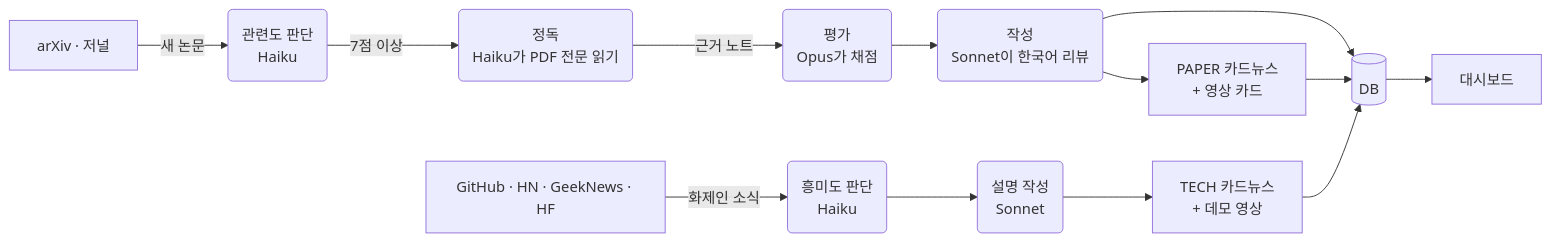
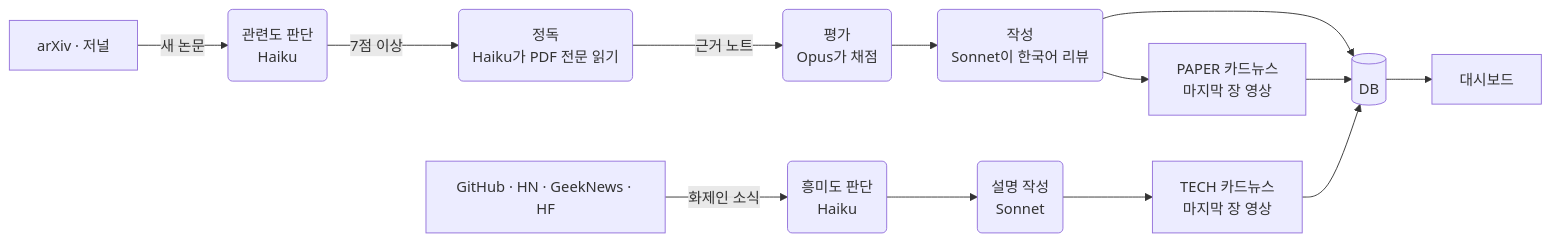
One commit to SeonGyuJang/STAR_WARS changed the diagram in README.md. Above: the diagram before and after it, drawn with Mermaid. The commit also changed other lines of this file and 12 other files, not shown here.

First line of the commit message:
Restore the earlier line breaks and figure captions; images only in the middle, an animated closing slide as the one MP4

````diff
--- a/README.md
+++ b/README.md
@@ -51,15 +51,15 @@
 ```mermaid
 flowchart LR
     A[arXiv · 저널] -->|새 논문| B(관련도 판단<br/>Haiku)
     B -->|7점 이상| C(정독<br/>Haiku가 PDF 전문 읽기)
     C -->|근거 노트| D(평가<br/>Opus가 채점)
     D --> E(작성<br/>Sonnet이 한국어 리뷰)
-    E --> F[PAPER 카드뉴스<br/>+ 영상 카드]
+    E --> F[PAPER 카드뉴스<br/>마지막 장 영상]
     E --> G[(DB)]
     F --> G
     T[GitHub · HN · GeekNews · HF] -->|화제인 소식| U(흥미도 판단<br/>Haiku)
     U --> V(설명 작성<br/>Sonnet)
-    V --> W[TECH 카드뉴스<br/>+ 데모 영상]
+    V --> W[TECH 카드뉴스<br/>마지막 장 영상]
     W --> G
     G --> H[대시보드]
 ```
````
